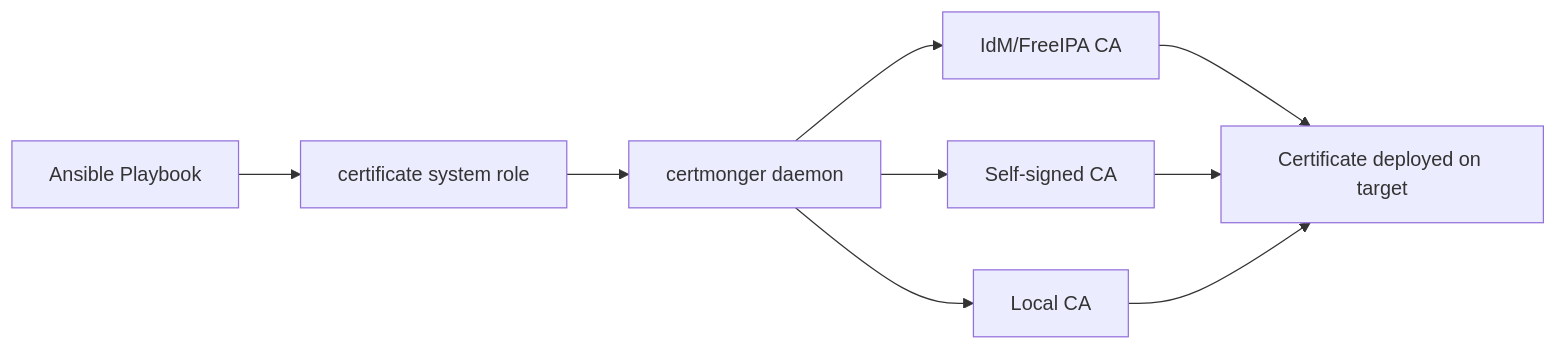
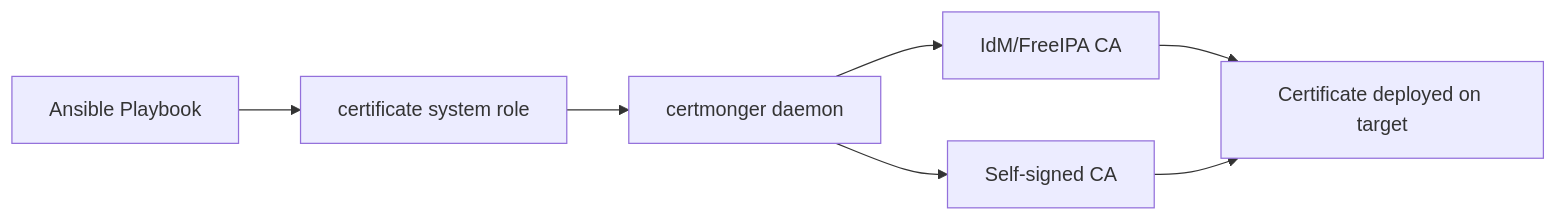
One commit to OneUptime/blog changed the diagram in posts/2026-03-04-configure-certificate-management-rhel-system-roles/README.md. Above: the diagram before and after it, drawn with Mermaid. The commit also changed other lines of this file and 2 other files, not shown here.

````diff
--- a/posts/2026-03-04-configure-certificate-management-rhel-system-roles/README.md
+++ b/posts/2026-03-04-configure-certificate-management-rhel-system-roles/README.md
@@ -17,11 +17,9 @@
 ```mermaid
 graph LR
     A[Ansible Playbook] --> B[certificate system role]
     B --> C[certmonger daemon]
     C --> D[IdM/FreeIPA CA]
     C --> E[Self-signed CA]
-    C --> F[Local CA]
     D --> G[Certificate deployed on target]
     E --> G
-    F --> G
 ```
````
